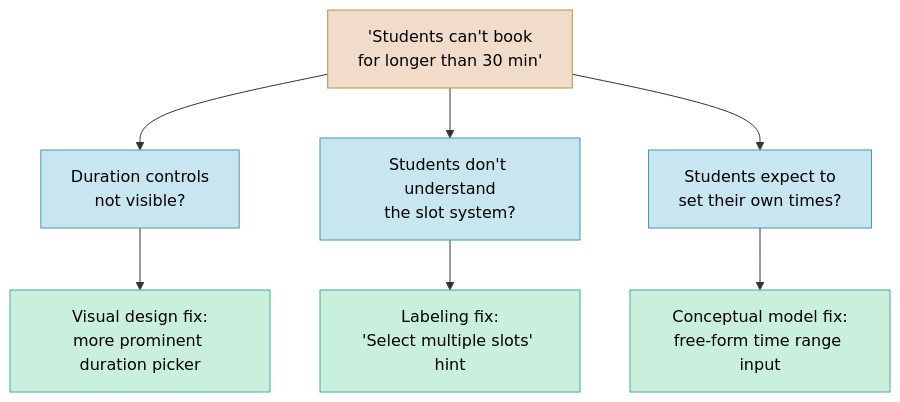
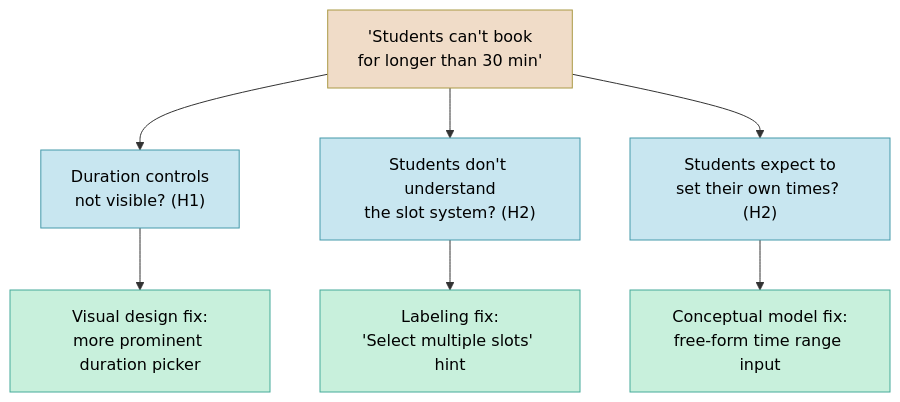
Before and after one commit to neu-pdi/CS3100-Spring-2026: the fifth of 6 diagrams in lecture-slides/l27-ucd.mdx, drawn with Mermaid. The commit also changed other lines of this file and 2 other files, not shown here.

````diff
--- a/lecture-slides/l27-ucd.mdx
+++ b/lecture-slides/l27-ucd.mdx
@@ -1079,17 +1247,17 @@
 ```mermaid
 graph TD
-    F["'Students can't book<br/>for longer than 30 min'"] --> A["Duration controls<br/>not visible?"]
-    F --> B["Students don't understand<br/>the slot system?"]
-    F --> C["Students expect to<br/>set their own times?"]
+    F["'Students can't book<br/>for longer than 30 min'"] --> A["Duration controls<br/>not visible? (H1)"]
+    F --> B["Students don't understand<br/>the slot system? (H2)"]
+    F --> C["Students expect to<br/>set their own times? (H2)"]
     A --> A2["Visual design fix:<br/>more prominent duration picker"]
     B --> B2["Labeling fix:<br/>'Select multiple slots' hint"]
     C --> C2["Conceptual model fix:<br/>free-form time range input"]
 
     style F fill:#f0dcc8,stroke:#a94,color:#000
     style A fill:#c8e6f0,stroke:#49a,color:#000
     style B fill:#c8e6f0,stroke:#49a,color:#000
     style C fill:#c8e6f0,stroke:#49a,color:#000
     style A2 fill:#c8f0dc,stroke:#4a9,color:#000
     style B2 fill:#c8f0dc,stroke:#4a9,color:#000
     style C2 fill:#c8f0dc,stroke:#4a9,color:#000
 ```
````
